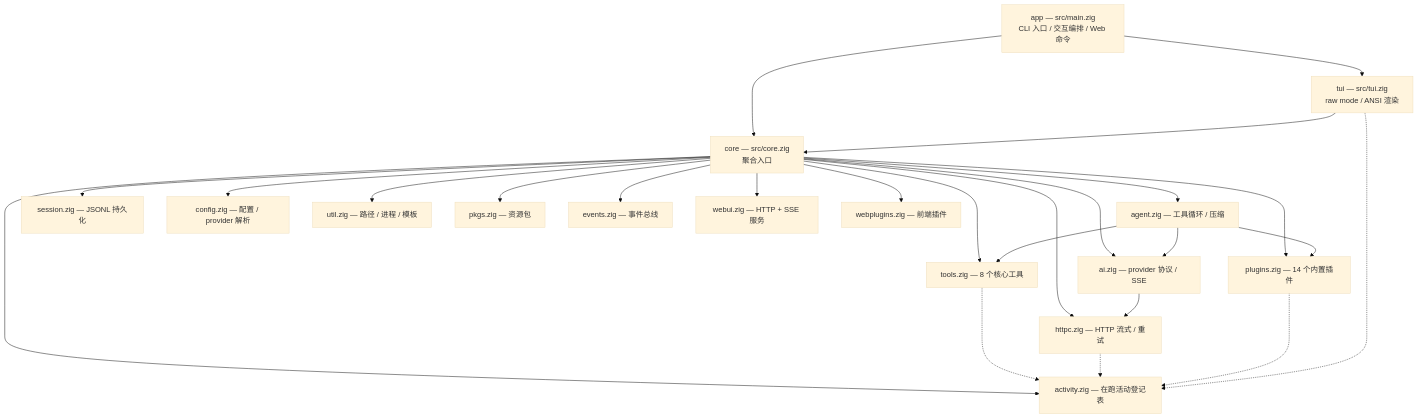
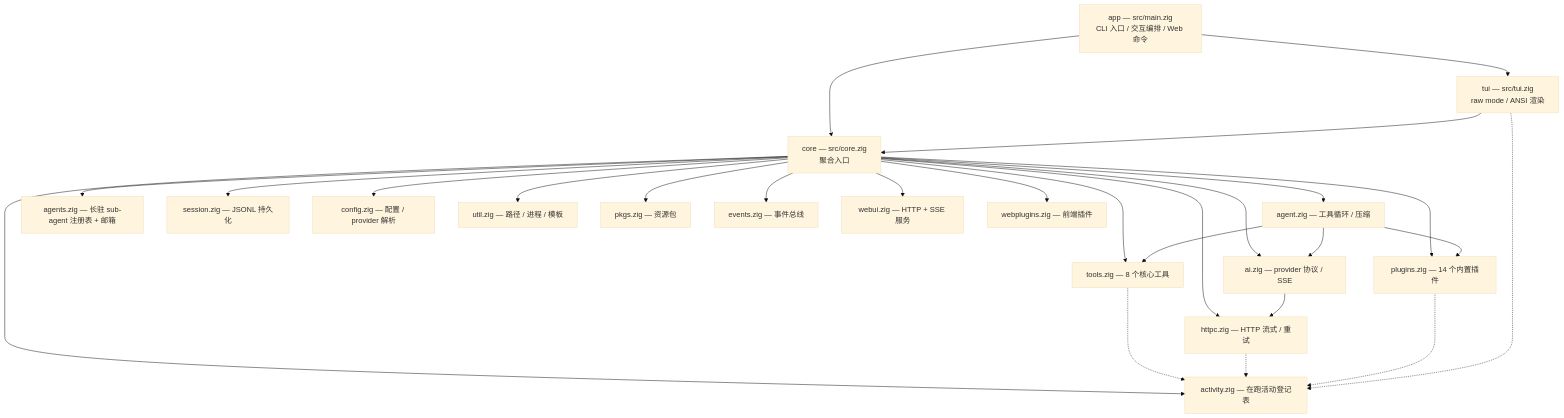
One commit to telagod/pi-zig changed the first of 2 diagrams in docs/architecture.md. Above: the diagram before and after it, drawn with Mermaid (base theme). The commit also changed other lines of this file and 6 other files, not shown here.

First line of the commit message:
长驻 sub-agent:非阻塞 spawn + 邮箱 + 中途改向

````diff
--- a/docs/architecture.md
+++ b/docs/architecture.md
@@ -40,34 +40,35 @@
 ```mermaid
 graph TD
     app["app — src/main.zig<br/>CLI 入口 / 交互编排 / Web 命令"]
     tui["tui — src/tui.zig<br/>raw mode / ANSI 渲染"]
     core["core — src/core.zig<br/>聚合入口"]
 
     app --> tui
     app --> core
     tui --> core
 
     core --> agent["agent.zig — 工具循环 / 压缩"]
     core --> ai["ai.zig — provider 协议 / SSE"]
     core --> tools["tools.zig — 8 个核心工具"]
     core --> plugins["plugins.zig — 14 个内置插件"]
+    core --> agents["agents.zig — 长驻 sub-agent 注册表 + 邮箱"]
     core --> session["session.zig — JSONL 持久化"]
     core --> config["config.zig — 配置 / provider 解析"]
     core --> httpc["httpc.zig — HTTP 流式 / 重试"]
     core --> util["util.zig — 路径 / 进程 / 模板"]
     core --> activity["activity.zig — 在跑活动登记表"]
     core --> pkgs["pkgs.zig — 资源包"]
     core --> events["events.zig — 事件总线"]
     core --> webui["webui.zig — HTTP + SSE 服务"]
     core --> webplugins["webplugins.zig — 前端插件"]
 
     agent --> ai
     agent --> tools
     agent --> plugins
     ai --> httpc
 
     tools -.-> activity
     httpc -.-> activity
     plugins -.-> activity
     tui -.-> activity
 ```
````
